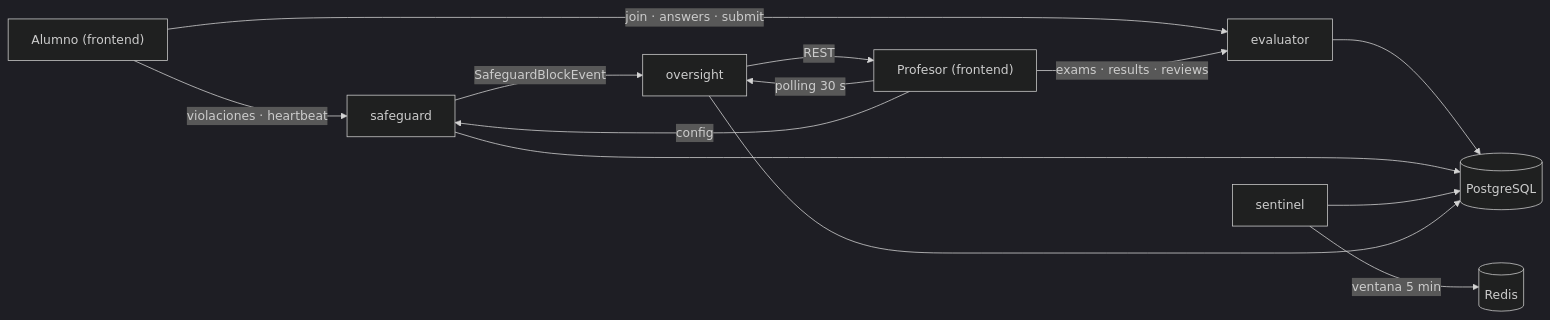
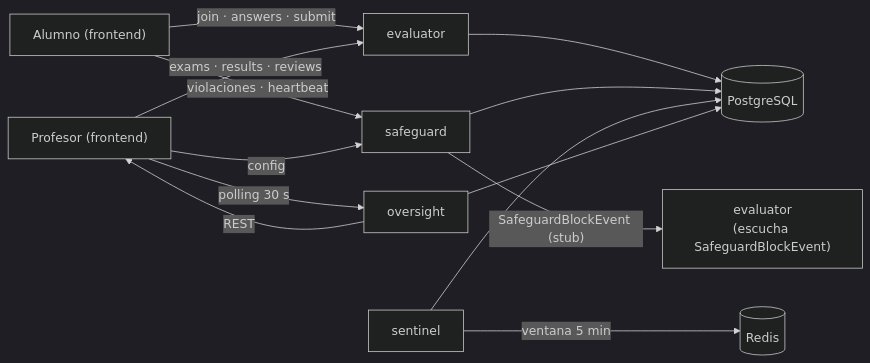
Diagram 11 of 11 in FLOW.md (Cesar-Plyed/cidem-project), drawn with Mermaid (dark theme) before and after one commit. The commit also changed other lines of this file and 2 other files, not shown here.

````diff
--- a/FLOW.md
+++ b/FLOW.md
@@ -518,16 +518,17 @@
 ```mermaid
 flowchart LR
     STU["Alumno (frontend)"] -->|"join · answers · submit"| EVAL["evaluator"]
     STU -->|"violaciones · heartbeat"| SG["safeguard"]
     PROF["Profesor (frontend)"] -->|"exams · results · reviews"| EVAL
     PROF -->|"polling 30 s"| OV["oversight"]
     PROF -->|"config"| SG
 
     EVAL --> PG[("PostgreSQL")]
     SG --> PG
-    SG -->|"SafeguardBlockEvent"| OV
+    EV["evaluator<br/>(escucha SafeguardBlockEvent)"]
+    SG -->|"SafeguardBlockEvent (stub)"| EV
     SENT["sentinel"] --> PG
     SENT -->|"ventana 5 min"| R[("Redis")]
     OV --> PG
     OV -->|"REST"| PROF
 ```
````
